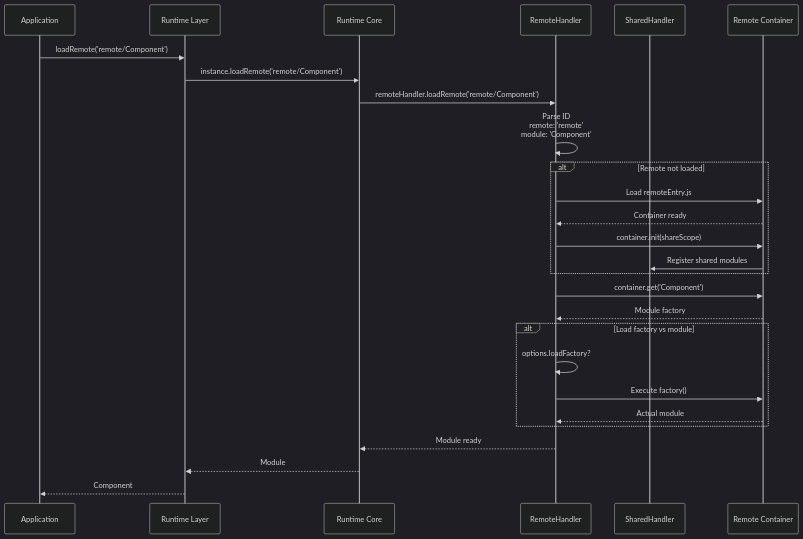
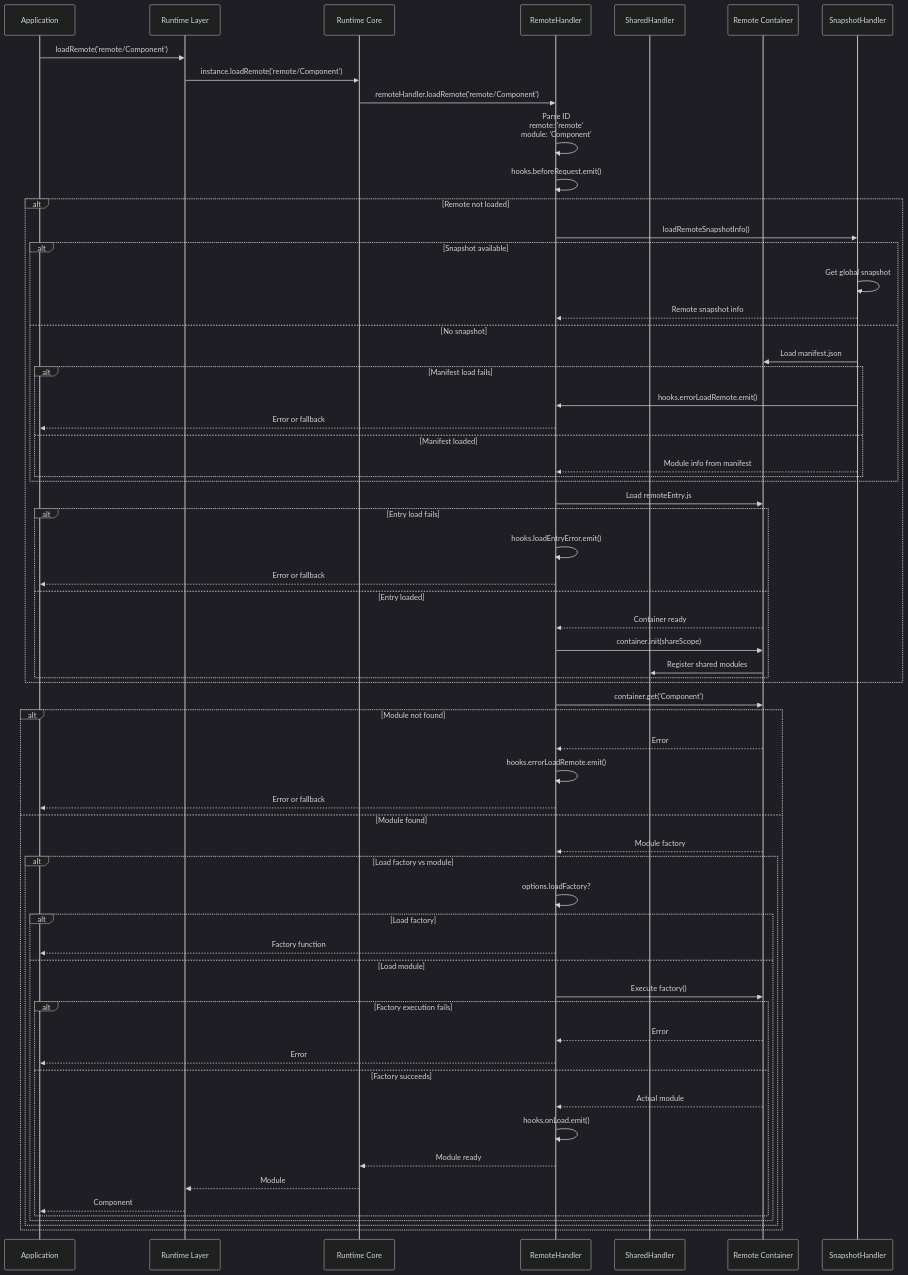
The fourth of 5 diagrams in arch-doc/runtime-architecture.md (module-federation/core), drawn with Mermaid (dark theme) before and after one commit. The commit also changed other lines of this file and 5 other files, not shown here.

First line of the commit message:
docs: fix all architectural documentation inaccuracies

````diff
--- a/arch-doc/runtime-architecture.md
+++ b/arch-doc/runtime-architecture.md
@@ -536,35 +735,72 @@
 ```mermaid
 sequenceDiagram
     participant App as Application
     participant Runtime as Runtime Layer
     participant Core as Runtime Core
     participant Remote as RemoteHandler
     participant Shared as SharedHandler
     participant Container as Remote Container
+    participant Snapshot as SnapshotHandler
     
     App->>Runtime: loadRemote('remote/Component')
     Runtime->>Core: instance.loadRemote('remote/Component')
     Core->>Remote: remoteHandler.loadRemote('remote/Component')
     
     Remote->>Remote: Parse ID<br/>remote: 'remote'<br/>module: 'Component'
+    Remote->>Remote: hooks.beforeRequest.emit()
     
     alt Remote not loaded
+        Remote->>Snapshot: loadRemoteSnapshotInfo()
+        
+        alt Snapshot available
+            Snapshot->>Snapshot: Get global snapshot
+            Snapshot-->>Remote: Remote snapshot info
+        else No snapshot
+            Snapshot->>Container: Load manifest.json
+            alt Manifest load fails
+                Snapshot->>Remote: hooks.errorLoadRemote.emit()
+                Remote-->>App: Error or fallback
+            else Manifest loaded
+                Snapshot-->>Remote: Module info from manifest
+            end
+        end
+        
         Remote->>Container: Load remoteEntry.js
-        Container-->>Remote: Container ready
-        Remote->>Container: container.init(shareScope)
-        Container->>Shared: Register shared modules
+        alt Entry load fails
+            Remote->>Remote: hooks.loadEntryError.emit()
+            Remote-->>App: Error or fallback
+        else Entry loaded
+            Container-->>Remote: Container ready
+            Remote->>Container: container.init(shareScope)
+            Container->>Shared: Register shared modules
+        end
     end
     
     Remote->>Container: container.get('Component')
-    Container-->>Remote: Module factory
-    
-    alt Load factory vs module
-        Remote->>Remote: options.loadFactory?
-        Remote->>Container: Execute factory()
-        Container-->>Remote: Actual module
+    alt Module not found
+        Container-->>Remote: Error
+        Remote->>Remote: hooks.errorLoadRemote.emit()
+        Remote-->>App: Error or fallback
+    else Module found
+        Container-->>Remote: Module factory
+        
+        alt Load factory vs module
+            Remote->>Remote: options.loadFactory?
+            alt Load factory
+                Remote-->>App: Factory function
+            else Load module
+                Remote->>Container: Execute factory()
+                alt Factory execution fails
+                    Container-->>Remote: Error
+                    Remote-->>App: Error
+                else Factory succeeds
+                    Container-->>Remote: Actual module
+                    Remote->>Remote: hooks.onLoad.emit()
+                    Remote-->>Core: Module ready
+                    Core-->>Runtime: Module
+                    Runtime-->>App: Component
+                end
+            end
+        end
     end
-    
-    Remote-->>Core: Module ready
-    Core-->>Runtime: Module
-    Runtime-->>App: Component
 ```
````
